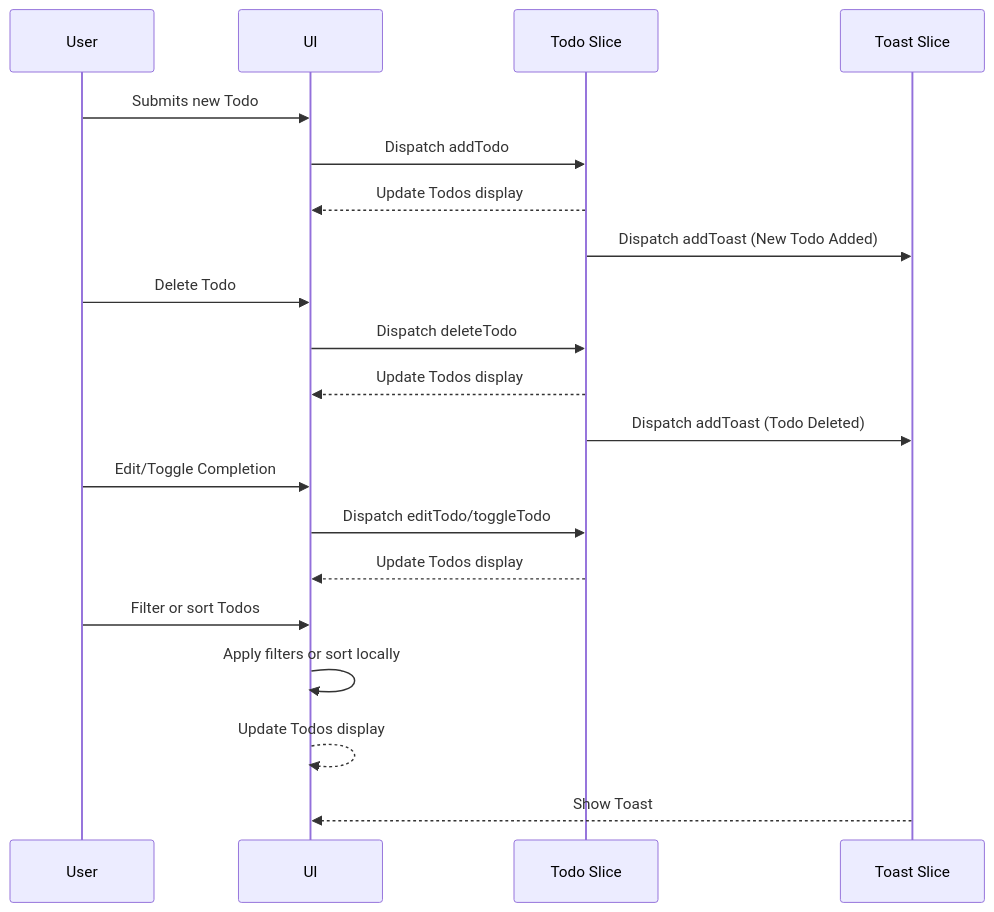
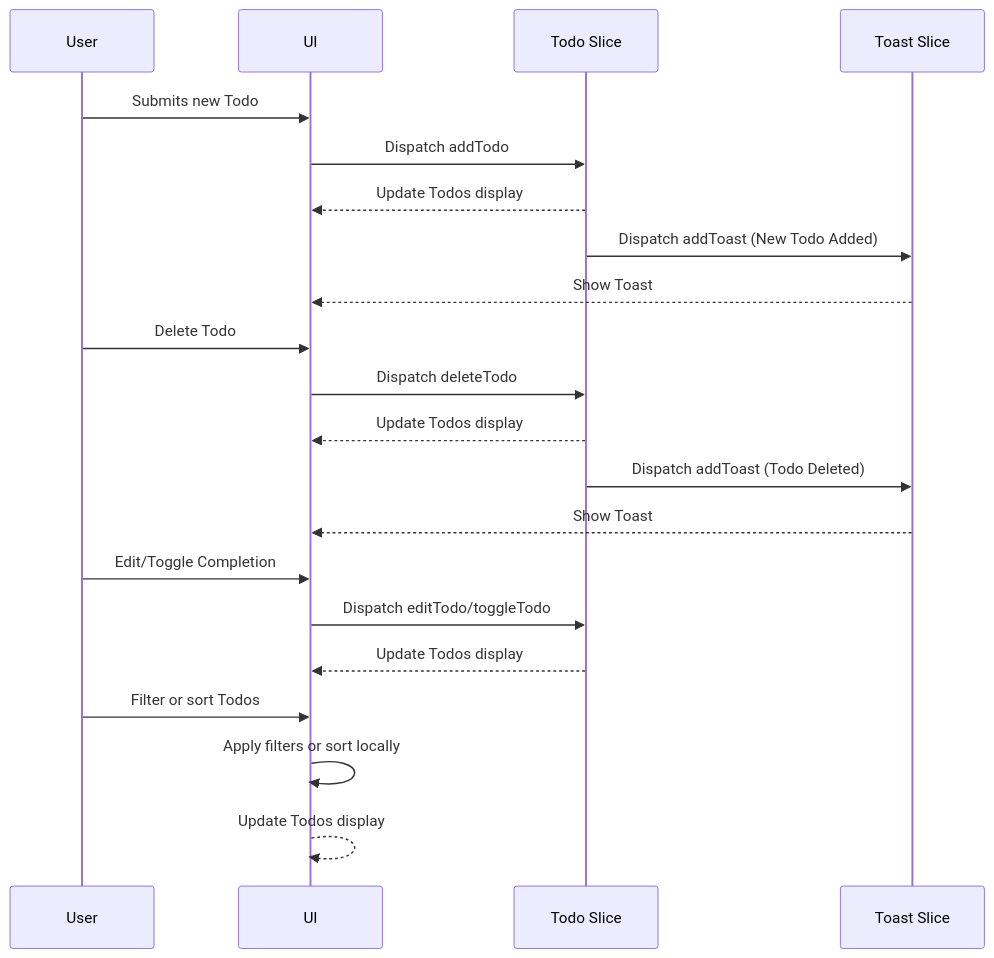
Before and after one commit to toddLiao469469/to-do-list: the diagram in README.md, drawn with Mermaid. The commit also changed other lines of this file, not shown here.

````diff
--- a/README.md
+++ b/README.md
@@ -101,28 +101,28 @@
 ```mermaid
 sequenceDiagram
     participant U as User
     participant UI as UI
     participant TS as Todo Slice
     participant ToastS as Toast Slice
 
     U->>UI: Submits new Todo
     UI->>TS: Dispatch addTodo
     TS-->>UI: Update Todos display
     TS->>ToastS: Dispatch addToast (New Todo Added)
+    ToastS-->>UI: Show Toast
 
     U->>UI: Delete Todo
     UI->>TS: Dispatch deleteTodo
     TS-->>UI: Update Todos display
     TS->>ToastS: Dispatch addToast (Todo Deleted)
+    ToastS-->>UI: Show Toast
 
     U->>UI: Edit/Toggle Completion
     UI->>TS: Dispatch editTodo/toggleTodo
     TS-->>UI: Update Todos display
 
     U->>UI: Filter or sort Todos
     UI->>UI: Apply filters or sort locally
     UI-->>UI: Update Todos display
 
-    ToastS-->>UI: Show Toast
-
 ```
````
